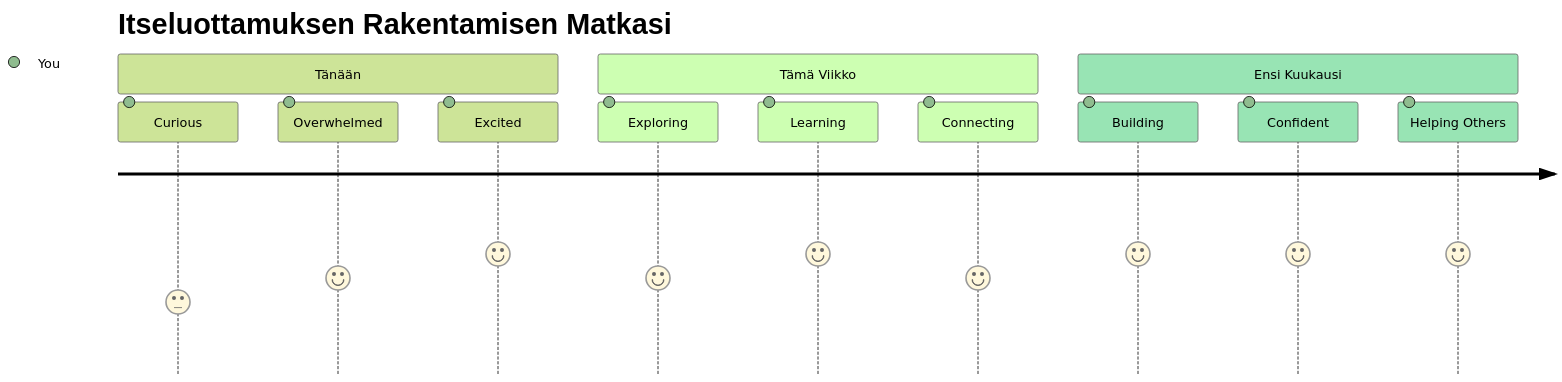
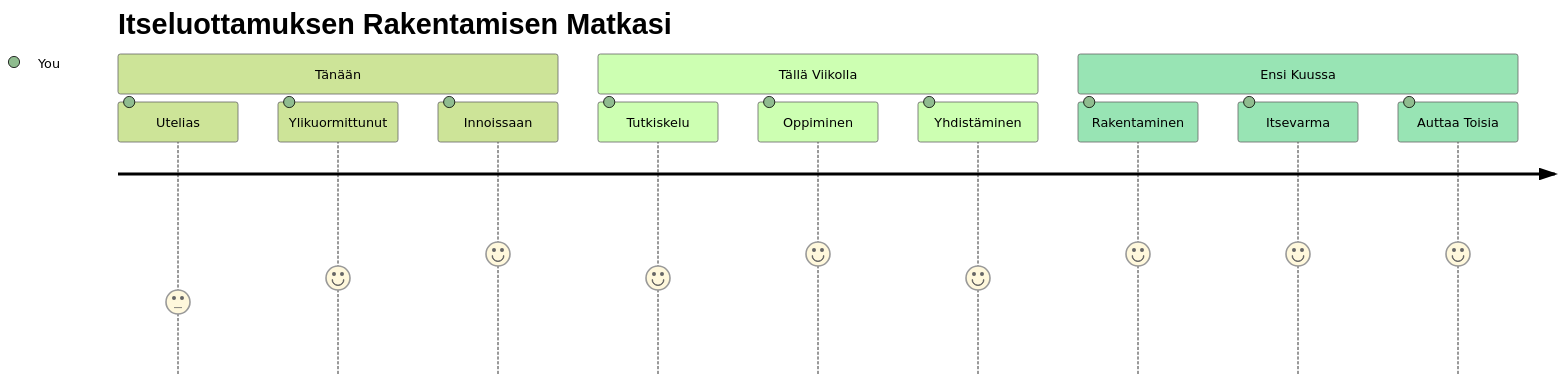
One commit to microsoft/Web-Dev-For-Beginners changed the seventh of 7 diagrams in translations/fi/1-getting-started-lessons/1-intro-to-programming-languages/README.md. Above: the diagram before and after it, drawn with Mermaid (forest theme). The commit also changed other lines of this file and 8 other files, not shown here.

````diff
--- a/translations/fi/1-getting-started-lessons/1-intro-to-programming-languages/README.md
+++ b/translations/fi/1-getting-started-lessons/1-intro-to-programming-languages/README.md
@@ -831,16 +833,16 @@
 ```mermaid
 journey
     title Itseluottamuksen Rakentamisen Matkasi
     section Tänään
-      Curious: 3: You
-      Overwhelmed: 4: You
-      Excited: 5: You
-    section Tämä Viikko
-      Exploring: 4: You
-      Learning: 5: You
-      Connecting: 4: You
-    section Ensi Kuukausi
-      Building: 5: You
-      Confident: 5: You
-      Helping Others: 5: You
+      Utelias: 3: You
+      Ylikuormittunut: 4: You
+      Innoissaan: 5: You
+    section Tällä Viikolla
+      Tutkiskelu: 4: You
+      Oppiminen: 5: You
+      Yhdistäminen: 4: You
+    section Ensi Kuussa
+      Rakentaminen: 5: You
+      Itsevarma: 5: You
+      Auttaa Toisia: 5: You
 ```
````
